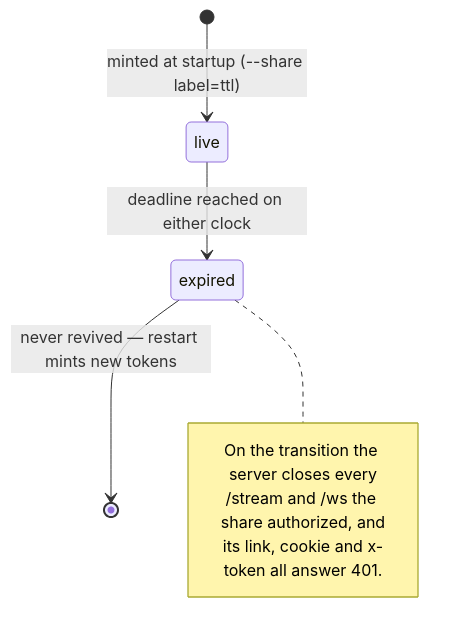
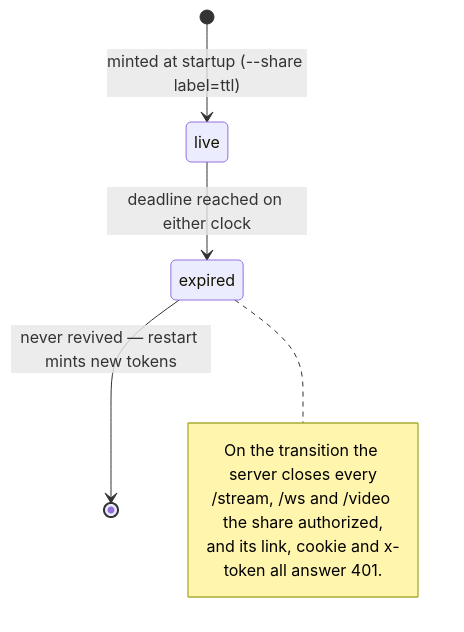
The third of 3 diagrams in docs/OVERVIEW.md (yusuferisen/sim-stream), drawn with Mermaid before and after one commit. The commit also changed other lines of this file and 11 other files, not shown here.

````diff
--- a/docs/OVERVIEW.md
+++ b/docs/OVERVIEW.md
@@ -86,11 +98,11 @@
 ```mermaid
 stateDiagram-v2
     [*] --> live: minted at startup (--share label=ttl)
     live --> expired: deadline reached on either clock
     expired --> [*]: never revived — restart mints new tokens
     note right of expired
         On the transition the server closes every
-        /stream and /ws the share authorized, and
-        its link, cookie and x-token all answer 401.
+        /stream, /ws and /video the share authorized,
+        and its link, cookie and x-token all answer 401.
     end note
 ```
````
